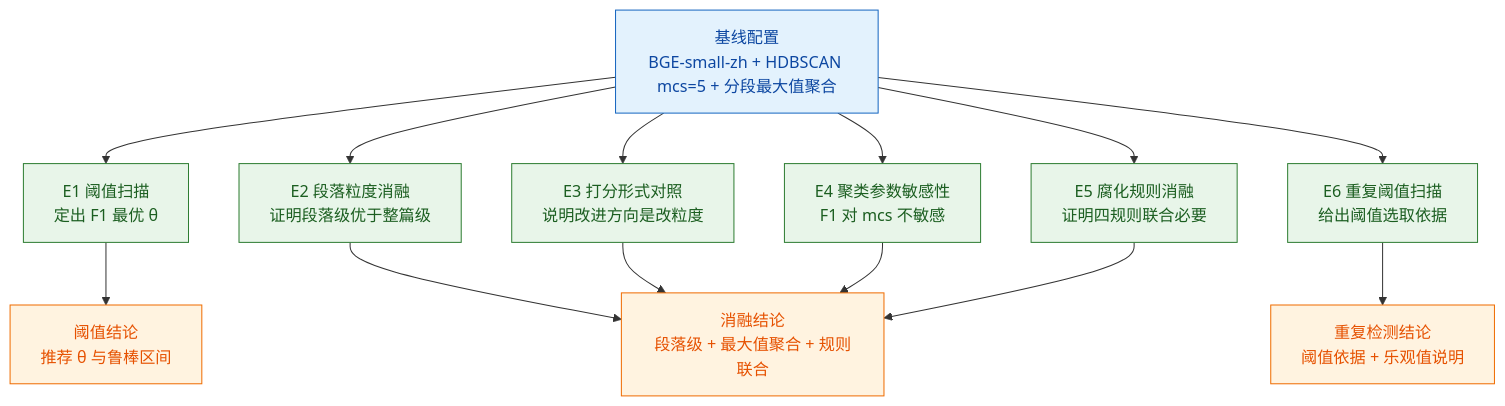
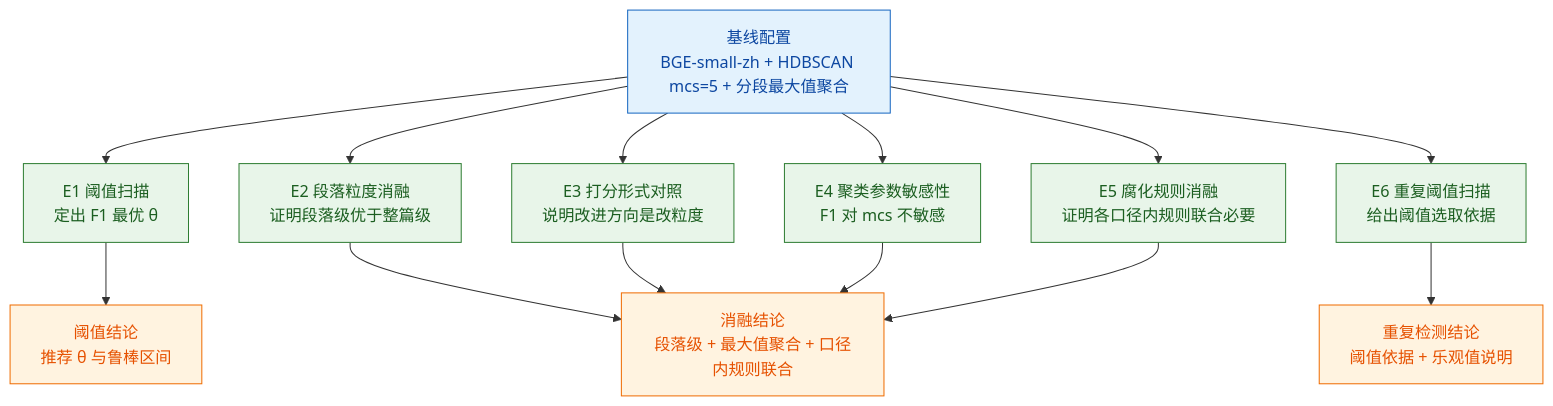
The diagram in poc/kbgovernance/figures/06-实验矩阵图.md (meisijiya/kb-quality-governance), drawn with Mermaid before and after one commit. The commit also changed other lines of this file and 21 other files, not shown here.

First line of the commit message:
docs(plan): 方案、审计、图稿与术语同步到两口径与意图级判定

````diff
--- a/poc/kbgovernance/figures/06-实验矩阵图.md
+++ b/poc/kbgovernance/figures/06-实验矩阵图.md
@@ -20,32 +20,32 @@
 ```mermaid
 flowchart TD
   BASE["基线配置<br/>BGE-small-zh + HDBSCAN mcs=5 + 分段最大值聚合"]:::base
 
   E1["E1 阈值扫描<br/>定出 F1 最优 θ"]:::exp
   E2["E2 段落粒度消融<br/>证明段落级优于整篇级"]:::exp
   E3["E3 打分形式对照<br/>说明改进方向是改粒度"]:::exp
   E4["E4 聚类参数敏感性<br/>F1 对 mcs 不敏感"]:::exp
-  E5["E5 腐化规则消融<br/>证明四规则联合必要"]:::exp
+  E5["E5 腐化规则消融<br/>证明各口径内规则联合必要"]:::exp
   E6["E6 重复阈值扫描<br/>给出阈值选取依据"]:::exp
 
-  AB["消融结论<br/>段落级 + 最大值聚合 + 规则联合"]:::res
+  AB["消融结论<br/>段落级 + 最大值聚合 + 口径内规则联合"]:::res
   TH["阈值结论<br/>推荐 θ 与鲁棒区间"]:::res
   DUP["重复检测结论<br/>阈值依据 + 乐观值说明"]:::res
 
   BASE --> E1
   BASE --> E2
   BASE --> E3
   BASE --> E4
   BASE --> E5
   BASE --> E6
   E1 --> TH
   E2 --> AB
   E3 --> AB
   E4 --> AB
   E5 --> AB
   E6 --> DUP
 
   classDef base fill:#e3f2fd,stroke:#1565c0,color:#0d47a1
   classDef exp fill:#e8f5e9,stroke:#2e7d32,color:#1b5e20
   classDef res fill:#fff3e0,stroke:#ef6c00,color:#e65100
 ```
````
